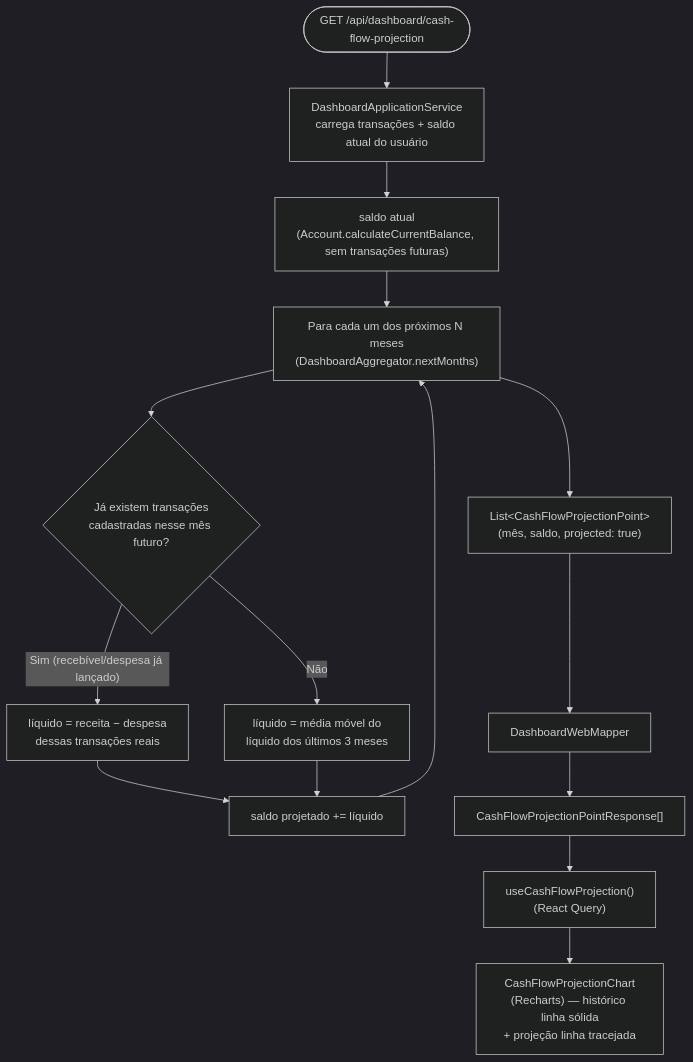
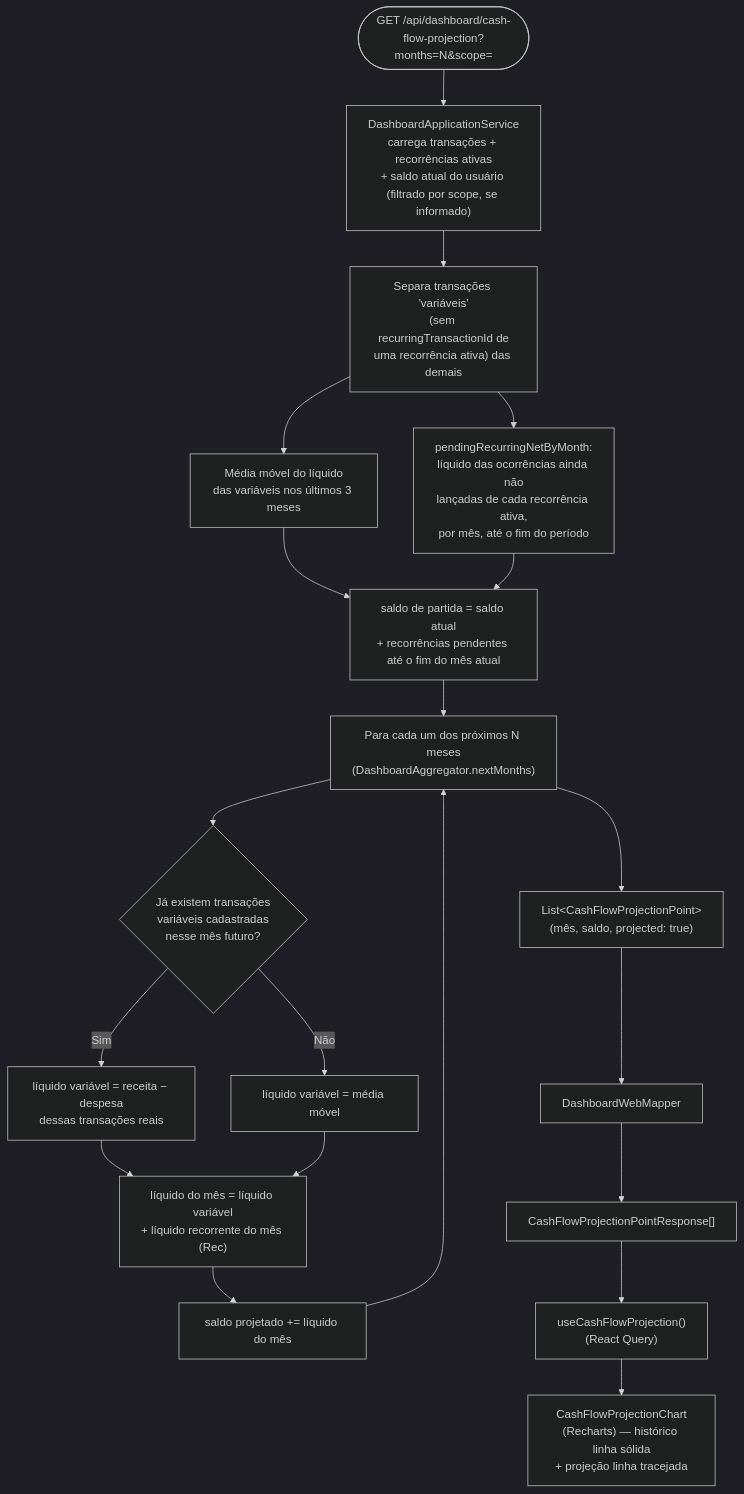
The fifth of 5 diagrams in docs/tecnica/fluxo-imposto-fluxo-caixa.md (leozztto/LmfFinPro), drawn with Mermaid (dark theme) before and after one commit. The commit also changed other lines of this file and 44 other files, not shown here.

````diff
--- a/docs/tecnica/fluxo-imposto-fluxo-caixa.md
+++ b/docs/tecnica/fluxo-imposto-fluxo-caixa.md
@@ -169,20 +176,25 @@
 ```mermaid
 flowchart TD
-    Start(["GET /api/dashboard/cash-flow-projection"]) --> Load["DashboardApplicationService\ncarrega transações + saldo atual do usuário"]
-    Load --> Anchor["saldo atual\n(Account.calculateCurrentBalance, sem transações futuras)"]
+    Start(["GET /api/dashboard/cash-flow-projection?months=N&scope="]) --> Load["DashboardApplicationService\ncarrega transações + recorrências ativas\n+ saldo atual do usuário (filtrado por scope, se informado)"]
+    Load --> Split["Separa transações 'variáveis'\n(sem recurringTransactionId de\numa recorrência ativa) das demais"]
+    Split --> Media["Média móvel do líquido\ndas variáveis nos últimos 3 meses"]
+    Split --> Rec["pendingRecurringNetByMonth:\nlíquido das ocorrências ainda não\nlançadas de cada recorrência ativa,\npor mês, até o fim do período"]
+    Media --> Anchor
+    Rec --> Anchor["saldo de partida = saldo atual\n+ recorrências pendentes até o fim do mês atual"]
     Anchor --> Loop["Para cada um dos próximos N meses\n(DashboardAggregator.nextMonths)"]
 
-    Loop --> Check{"Já existem transações\ncadastradas nesse mês futuro?"}
-    Check -- "Sim (recebível/despesa já lançado)" --> Real["líquido = receita − despesa\ndessas transações reais"]
-    Check -- "Não" --> Media["líquido = média móvel do\nlíquido dos últimos 3 meses"]
+    Loop --> Check{"Já existem transações\nvariáveis cadastradas\nnesse mês futuro?"}
+    Check -- "Sim" --> Real["líquido variável = receita − despesa\ndessas transações reais"]
+    Check -- "Não" --> UsaMedia["líquido variável = média móvel"]
 
-    Real --> Acumula["saldo projetado += líquido"]
-    Media --> Acumula
+    Real --> Soma["líquido do mês = líquido variável\n+ líquido recorrente do mês (Rec)"]
+    UsaMedia --> Soma
+    Soma --> Acumula["saldo projetado += líquido do mês"]
     Acumula --> Loop
 
     Loop --> Result["List&lt;CashFlowProjectionPoint&gt;\n(mês, saldo, projected: true)"]
     Result --> Mapper["DashboardWebMapper"]
     Mapper --> Response["CashFlowProjectionPointResponse[]"]
     Response --> Hook["useCashFlowProjection()\n(React Query)"]
     Hook --> Chart["CashFlowProjectionChart\n(Recharts) — histórico linha sólida\n+ projeção linha tracejada"]
 ```
````
